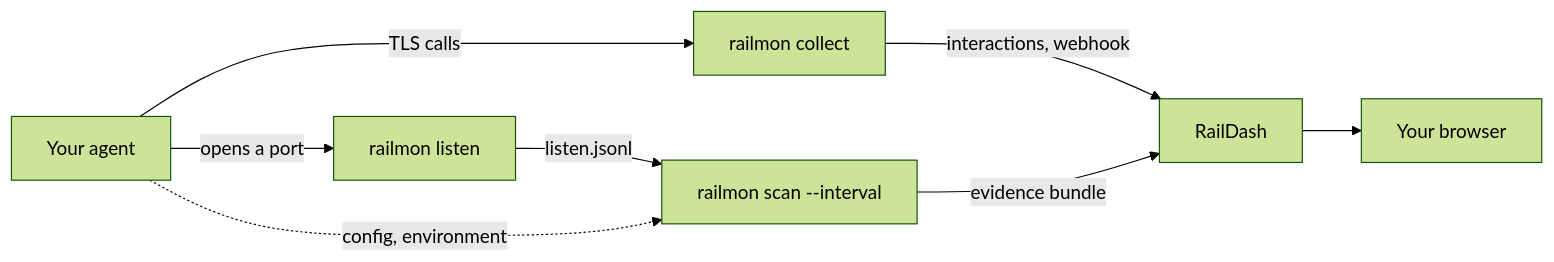
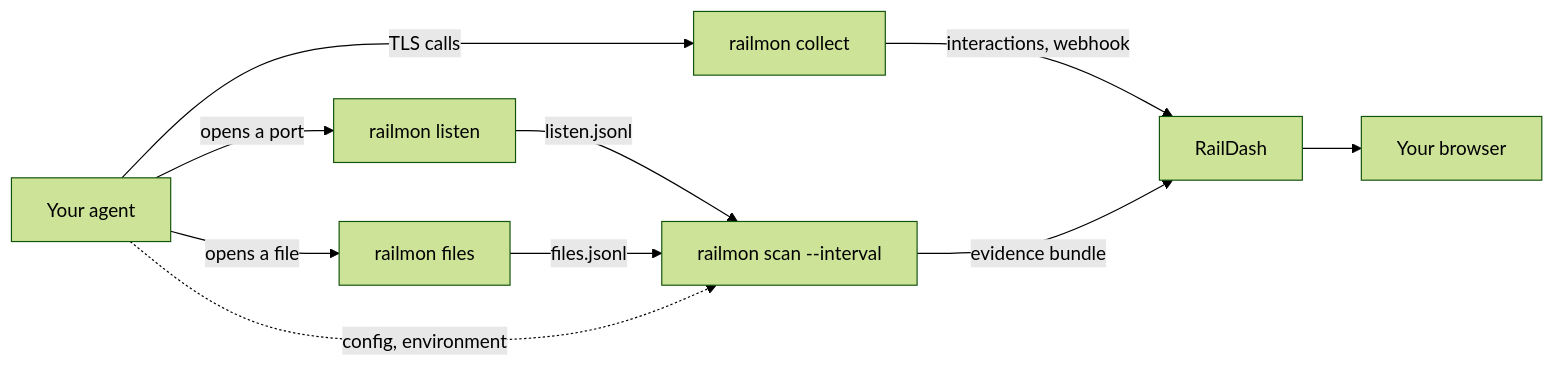
The diagram in README.md (datrail/datrail-project), drawn with Mermaid (forest theme) before and after one commit. The commit also changed other lines of this file and 4 other files, not shown here.

````diff
--- a/README.md
+++ b/README.md
@@ -69,10 +74,12 @@
 ```mermaid
 flowchart LR
   agent[Your agent] -->|TLS calls| collect[railmon collect]
   agent -->|opens a port| listen[railmon listen]
+  agent -->|opens a file| files[railmon files]
   listen -->|listen.jsonl| scan[railmon scan --interval]
+  files -->|files.jsonl| scan
   agent -.->|config, environment| scan
   collect -->|interactions, webhook| dash[RailDash]
   scan -->|evidence bundle| dash
   dash --> browser[Your browser]
 ```
````
